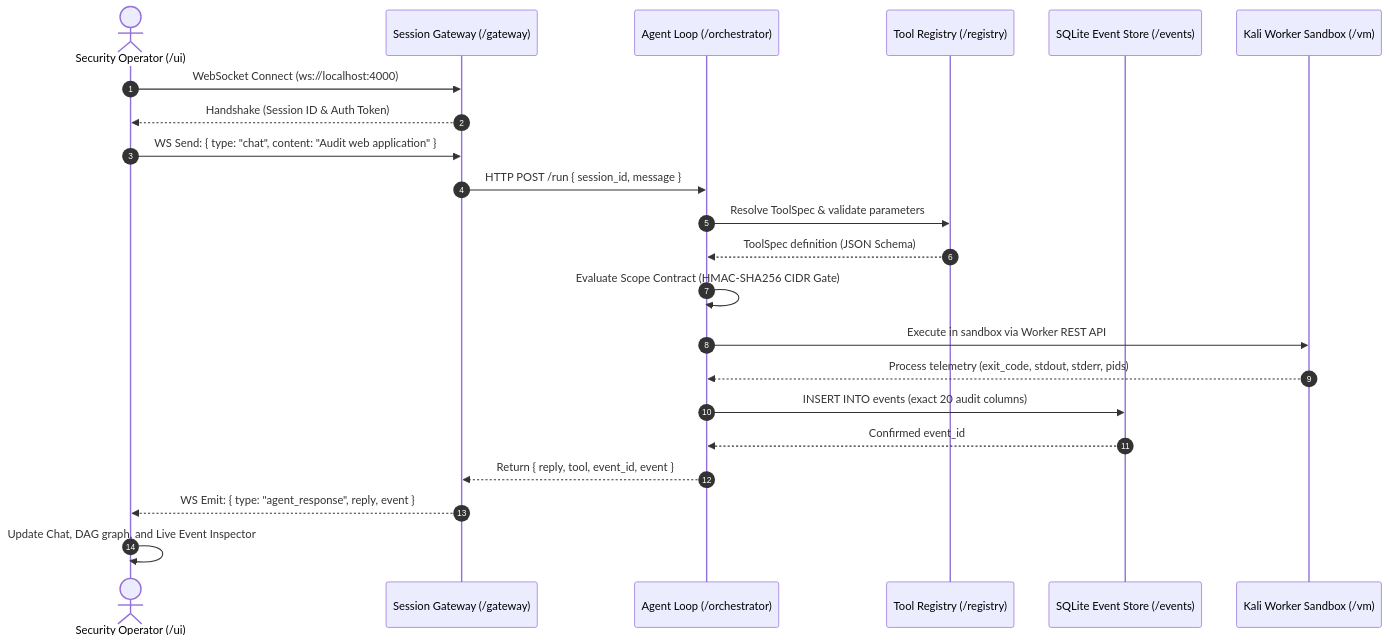
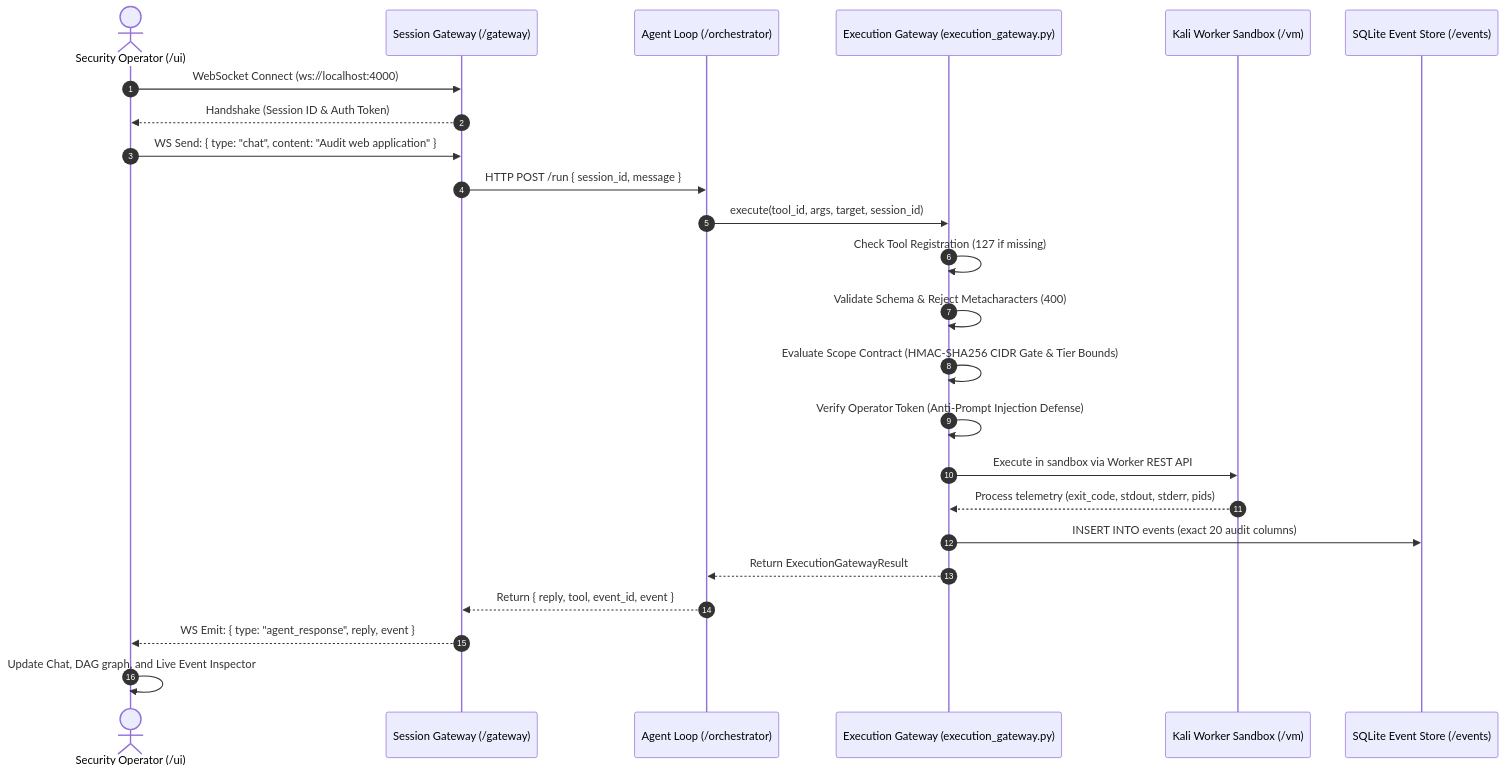
The first of 4 diagrams in README.md (its-tanay003/Kairo), drawn with Mermaid before and after one commit. The commit also changed other lines of this file and 6 other files, not shown here.

Commit message:
docs: add architecture, security, and testing documentation and lab history

````diff
--- a/README.md
+++ b/README.md
@@ -122,25 +122,27 @@
 ```mermaid
 sequenceDiagram
     autonumber
     actor User as Security Operator (/ui)
     participant GW as Session Gateway (/gateway)
     participant ORCH as Agent Loop (/orchestrator)
-    participant REG as Tool Registry (/registry)
+    participant EGW as Execution Gateway (execution_gateway.py)
+    participant VM as Kali Worker Sandbox (/vm)
     participant EVT as SQLite Event Store (/events)
-    participant VM as Kali Worker Sandbox (/vm)
 
     User->>GW: WebSocket Connect (ws://localhost:4000)
     GW-->>User: Handshake (Session ID & Auth Token)
     User->>GW: WS Send: { type: "chat", content: "Audit web application" }
     GW->>ORCH: HTTP POST /run { session_id, message }
-    ORCH->>REG: Resolve ToolSpec & validate parameters
-    REG-->>ORCH: ToolSpec definition (JSON Schema)
-    ORCH->>ORCH: Evaluate Scope Contract (HMAC-SHA256 CIDR Gate)
-    ORCH->>VM: Execute in sandbox via Worker REST API
-    VM-->>ORCH: Process telemetry (exit_code, stdout, stderr, pids)
-    ORCH->>EVT: INSERT INTO events (exact 20 audit columns)
-    EVT-->>ORCH: Confirmed event_id
+    ORCH->>EGW: execute(tool_id, args, target, session_id)
+    EGW->>EGW: Check Tool Registration (127 if missing)
+    EGW->>EGW: Validate Schema & Reject Metacharacters (400)
+    EGW->>EGW: Evaluate Scope Contract (HMAC-SHA256 CIDR Gate & Tier Bounds)
+    EGW->>EGW: Verify Operator Token (Anti-Prompt Injection Defense)
+    EGW->>VM: Execute in sandbox via Worker REST API
+    VM-->>EGW: Process telemetry (exit_code, stdout, stderr, pids)
+    EGW->>EVT: INSERT INTO events (exact 20 audit columns)
+    EGW-->>ORCH: Return ExecutionGatewayResult
     ORCH-->>GW: Return { reply, tool, event_id, event }
     GW-->>User: WS Emit: { type: "agent_response", reply, event }
     User->>User: Update Chat, DAG graph, and Live Event Inspector
 ```
````
